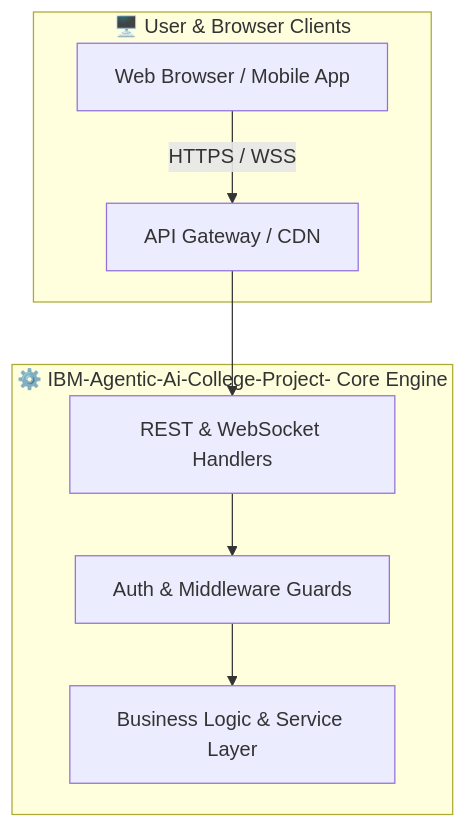
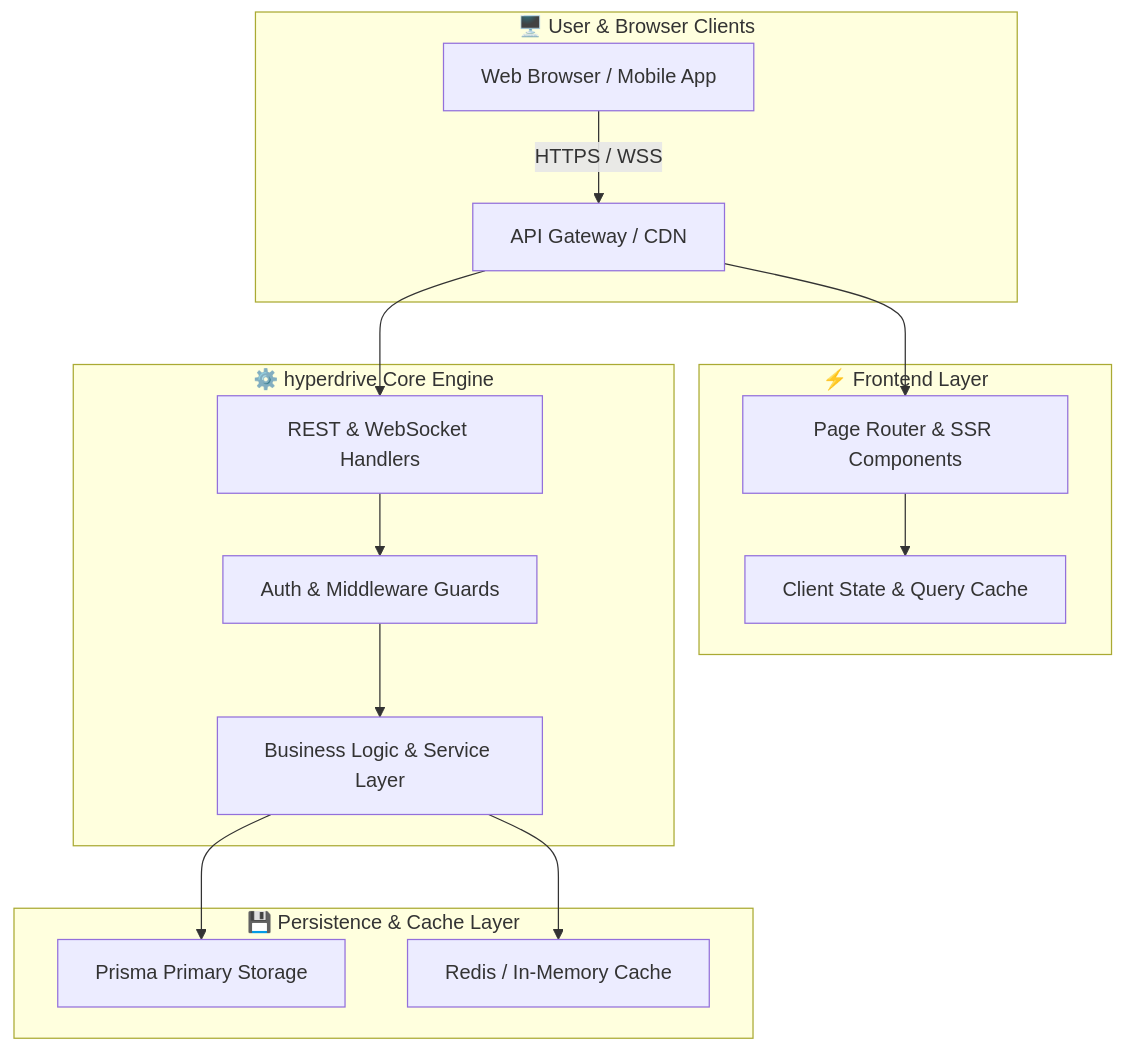
One commit to akshatharshit/IBM-Agentic-Ai-College-Project- changed the diagram in README.md. Above: the diagram before and after it, drawn with Mermaid. The commit also changed other lines of this file, not shown here.

First line of the commit message:
Refactor README for hyperdrive project

````diff
--- a/README.md
+++ b/README.md
@@ -69,11 +101,19 @@
 ```mermaid
 graph TD
     subgraph Client["🖥️ User & Browser Clients"]
         A[Web Browser / Mobile App] -->|HTTPS / WSS| B[API Gateway / CDN]
     end
-    subgraph Backend["⚙️ IBM-Agentic-Ai-College-Project- Core Engine"]
+    subgraph Frontend["⚡ Frontend Layer"]
+        B --> C[Page Router & SSR Components]
+        C --> D[Client State & Query Cache]
+    end
+    subgraph Backend["⚙️ hyperdrive Core Engine"]
         B --> E[REST & WebSocket Handlers]
         E --> F[Auth & Middleware Guards]
         F --> G[Business Logic & Service Layer]
     end
+    subgraph Data["💾 Persistence & Cache Layer"]
+        G --> H[Prisma Primary Storage]
+        G --> I[Redis / In-Memory Cache]
+    end
 ```
````
